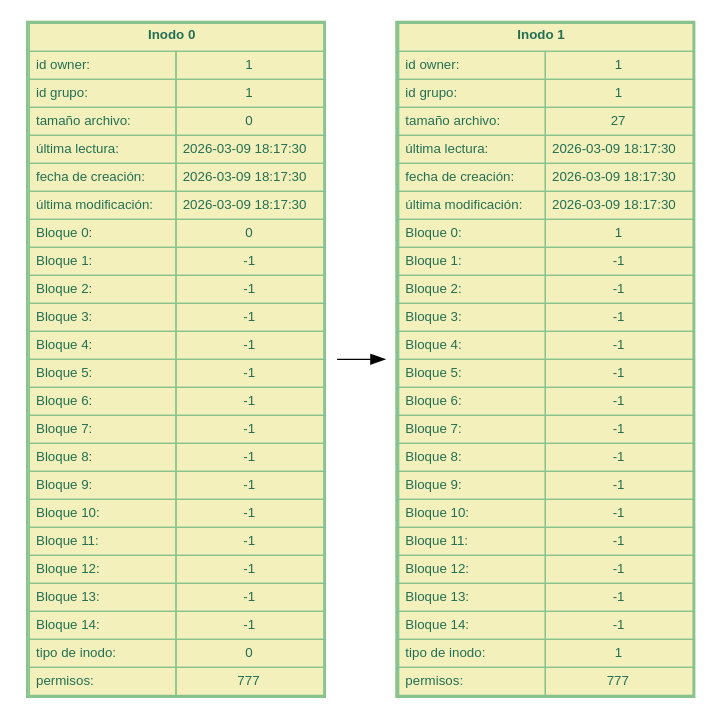
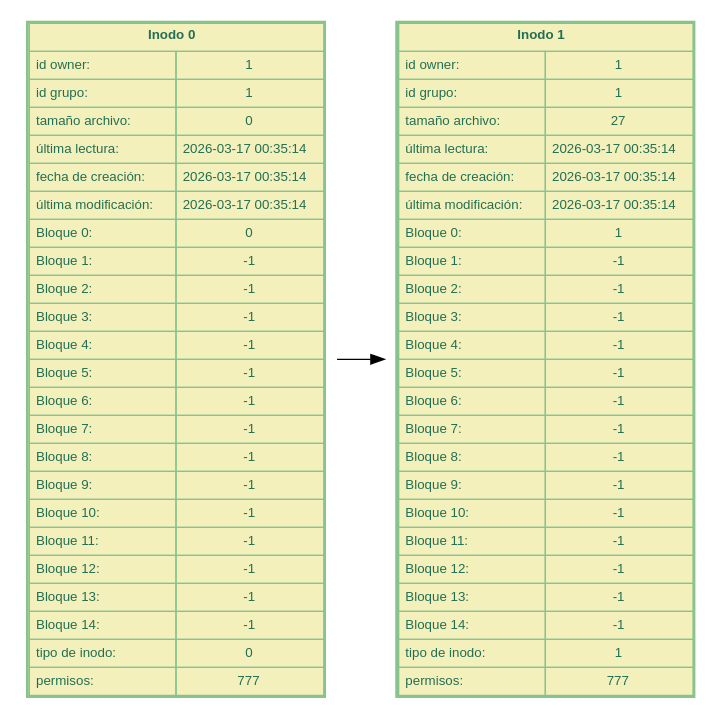
Before and after one commit to nxz7/Ejemplos_MIA_S12026: the diagram in Semana8/inodes.dot, drawn with Graphviz. The commit also changed 4 other files, not shown here.

```diff
--- a/Semana8/inodes.dot
+++ b/Semana8/inodes.dot
@@ -1,61 +1,61 @@
 digraph Inodes {
   rankdir=LR;
   node [shape=plaintext, fontname="Helvetica", fontsize=10, fontcolor="#226f54"];
   inode0 [label=<
     <TABLE BORDER="2" CELLBORDER="1" CELLSPACING="0" CELLPADDING="4" BGCOLOR="#f4f0bb" COLOR="#87c38f">
       <TR><TD COLSPAN="2"><B>Inodo 0</B></TD></TR>
       <TR><TD ALIGN="left">id owner:</TD><TD>1</TD></TR>
       <TR><TD ALIGN="left">id grupo:</TD><TD>1</TD></TR>
       <TR><TD ALIGN="left">tamaño archivo:</TD><TD>0</TD></TR>
-      <TR><TD ALIGN="left">última lectura:</TD><TD>2026-03-09 18:17:30</TD></TR>
-      <TR><TD ALIGN="left">fecha de creación:</TD><TD>2026-03-09 18:17:30</TD></TR>
-      <TR><TD ALIGN="left">última modificación:</TD><TD>2026-03-09 18:17:30</TD></TR>
+      <TR><TD ALIGN="left">última lectura:</TD><TD>2026-03-17 00:35:14</TD></TR>
+      <TR><TD ALIGN="left">fecha de creación:</TD><TD>2026-03-17 00:35:14</TD></TR>
+      <TR><TD ALIGN="left">última modificación:</TD><TD>2026-03-17 00:35:14</TD></TR>
       <TR><TD ALIGN="left">Bloque 0:</TD><TD>0</TD></TR>
       <TR><TD ALIGN="left">Bloque 1:</TD><TD>-1</TD></TR>
       <TR><TD ALIGN="left">Bloque 2:</TD><TD>-1</TD></TR>
       <TR><TD ALIGN="left">Bloque 3:</TD><TD>-1</TD></TR>
       <TR><TD ALIGN="left">Bloque 4:</TD><TD>-1</TD></TR>
       <TR><TD ALIGN="left">Bloque 5:</TD><TD>-1</TD></TR>
       <TR><TD ALIGN="left">Bloque 6:</TD><TD>-1</TD></TR>
       <TR><TD ALIGN="left">Bloque 7:</TD><TD>-1</TD></TR>
       <TR><TD ALIGN="left">Bloque 8:</TD><TD>-1</TD></TR>
       <TR><TD ALIGN="left">Bloque 9:</TD><TD>-1</TD></TR>
       <TR><TD ALIGN="left">Bloque 10:</TD><TD>-1</TD></TR>
       <TR><TD ALIGN="left">Bloque 11:</TD><TD>-1</TD></TR>
       <TR><TD ALIGN="left">Bloque 12:</TD><TD>-1</TD></TR>
       <TR><TD ALIGN="left">Bloque 13:</TD><TD>-1</TD></TR>
       <TR><TD ALIGN="left">Bloque 14:</TD><TD>-1</TD></TR>
       <TR><TD ALIGN="left">tipo de inodo:</TD><TD>0</TD></TR>
       <TR><TD ALIGN="left">permisos:</TD><TD>777</TD></TR>
     </TABLE>
   >];
   inode1 [label=<
     <TABLE BORDER="2" CELLBORDER="1" CELLSPACING="0" CELLPADDING="4" BGCOLOR="#f4f0bb" COLOR="#87c38f">
       <TR><TD COLSPAN="2"><B>Inodo 1</B></TD></TR>
       <TR><TD ALIGN="left">id owner:</TD><TD>1</TD></TR>
       <TR><TD ALIGN="left">id grupo:</TD><TD>1</TD></TR>
       <TR><TD ALIGN="left">tamaño archivo:</TD><TD>27</TD></TR>
-      <TR><TD ALIGN="left">última lectura:</TD><TD>2026-03-09 18:17:30</TD></TR>
-      <TR><TD ALIGN="left">fecha de creación:</TD><TD>2026-03-09 18:17:30</TD></TR>
-      <TR><TD ALIGN="left">última modificación:</TD><TD>2026-03-09 18:17:30</TD></TR>
+      <TR><TD ALIGN="left">última lectura:</TD><TD>2026-03-17 00:35:14</TD></TR>
+      <TR><TD ALIGN="left">fecha de creación:</TD><TD>2026-03-17 00:35:14</TD></TR>
+      <TR><TD ALIGN="left">última modificación:</TD><TD>2026-03-17 00:35:14</TD></TR>
       <TR><TD ALIGN="left">Bloque 0:</TD><TD>1</TD></TR>
       <TR><TD ALIGN="left">Bloque 1:</TD><TD>-1</TD></TR>
       <TR><TD ALIGN="left">Bloque 2:</TD><TD>-1</TD></TR>
       <TR><TD ALIGN="left">Bloque 3:</TD><TD>-1</TD></TR>
       <TR><TD ALIGN="left">Bloque 4:</TD><TD>-1</TD></TR>
       <TR><TD ALIGN="left">Bloque 5:</TD><TD>-1</TD></TR>
       <TR><TD ALIGN="left">Bloque 6:</TD><TD>-1</TD></TR>
       <TR><TD ALIGN="left">Bloque 7:</TD><TD>-1</TD></TR>
       <TR><TD ALIGN="left">Bloque 8:</TD><TD>-1</TD></TR>
       <TR><TD ALIGN="left">Bloque 9:</TD><TD>-1</TD></TR>
       <TR><TD ALIGN="left">Bloque 10:</TD><TD>-1</TD></TR>
       <TR><TD ALIGN="left">Bloque 11:</TD><TD>-1</TD></TR>
       <TR><TD ALIGN="left">Bloque 12:</TD><TD>-1</TD></TR>
       <TR><TD ALIGN="left">Bloque 13:</TD><TD>-1</TD></TR>
       <TR><TD ALIGN="left">Bloque 14:</TD><TD>-1</TD></TR>
       <TR><TD ALIGN="left">tipo de inodo:</TD><TD>1</TD></TR>
       <TR><TD ALIGN="left">permisos:</TD><TD>777</TD></TR>
     </TABLE>
   >];
   inode0 -> inode1;
 }
```
